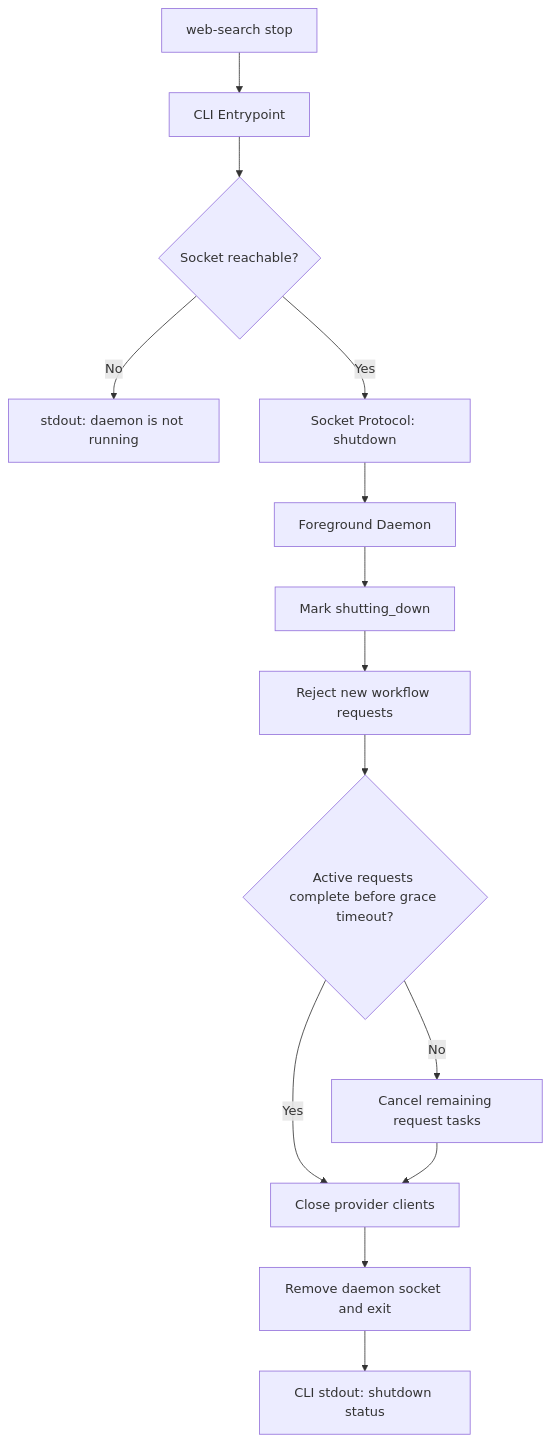
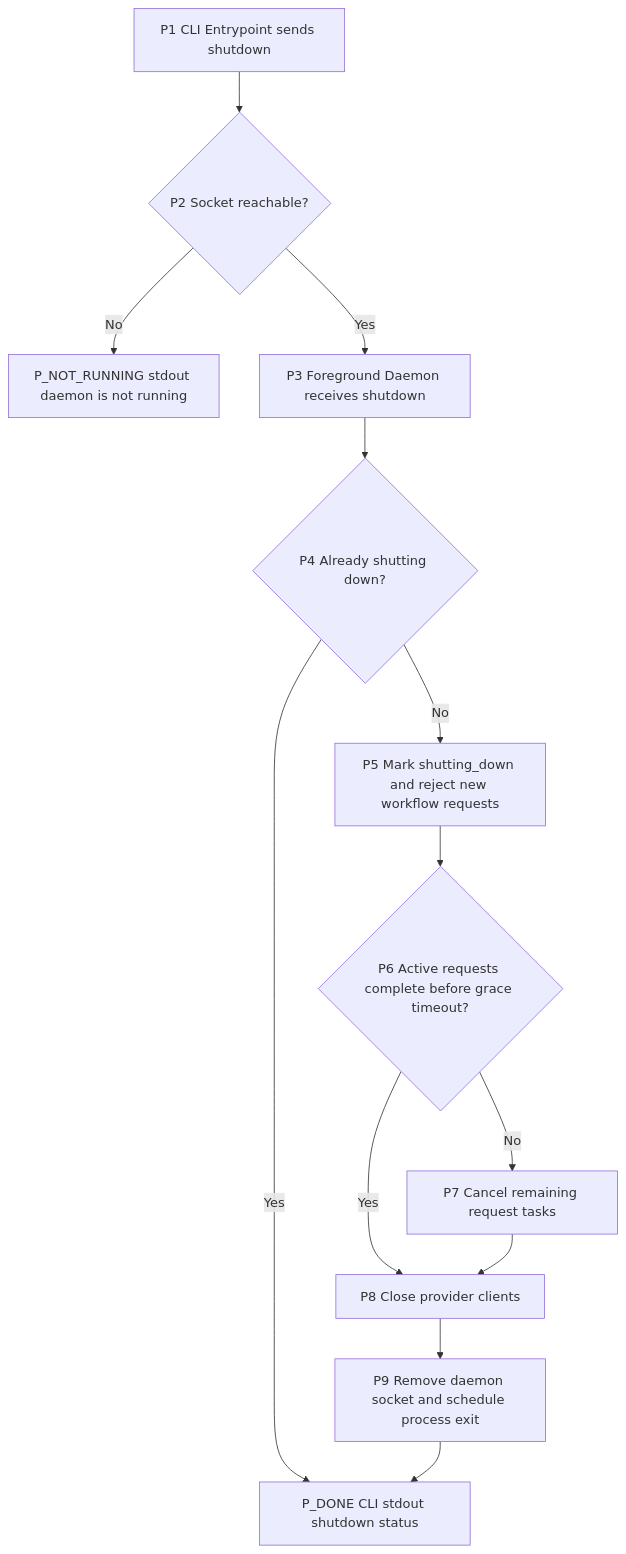
The fifth of 5 diagrams in docs/designs/architectures/web-search-cli.md (Dingxingdi/temp-web-search), drawn with Mermaid before and after one commit. The commit also changed other lines of this file, not shown here.

````diff
--- a/docs/designs/architectures/web-search-cli.md
+++ b/docs/designs/architectures/web-search-cli.md
@@ -729,16 +821,15 @@
 ```mermaid
 flowchart TD
-    A[web-search stop] --> B[CLI Entrypoint]
-    B --> C{Socket reachable?}
-    C -->|No| D[stdout: daemon is not running]
-    C -->|Yes| E[Socket Protocol: shutdown]
-    E --> F[Foreground Daemon]
-    F --> G[Mark shutting_down]
-    G --> H[Reject new workflow requests]
-    H --> I{Active requests complete before grace timeout?}
-    I -->|Yes| J[Close provider clients]
-    I -->|No| K[Cancel remaining request tasks]
-    K --> J
-    J --> L[Remove daemon socket and exit]
-    L --> M[CLI stdout: shutdown status]
+    P1[P1 CLI Entrypoint sends shutdown] --> P2{P2 Socket reachable?}
+    P2 -->|No| P_NOT_RUNNING[P_NOT_RUNNING stdout daemon is not running]
+    P2 -->|Yes| P3[P3 Foreground Daemon receives shutdown]
+    P3 --> P4{P4 Already shutting down?}
+    P4 -->|Yes| P_DONE[P_DONE CLI stdout shutdown status]
+    P4 -->|No| P5[P5 Mark shutting_down and reject new workflow requests]
+    P5 --> P6{P6 Active requests complete before grace timeout?}
+    P6 -->|No| P7[P7 Cancel remaining request tasks]
+    P6 -->|Yes| P8[P8 Close provider clients]
+    P7 --> P8
+    P8 --> P9[P9 Remove daemon socket and schedule process exit]
+    P9 --> P_DONE
 ```
````
